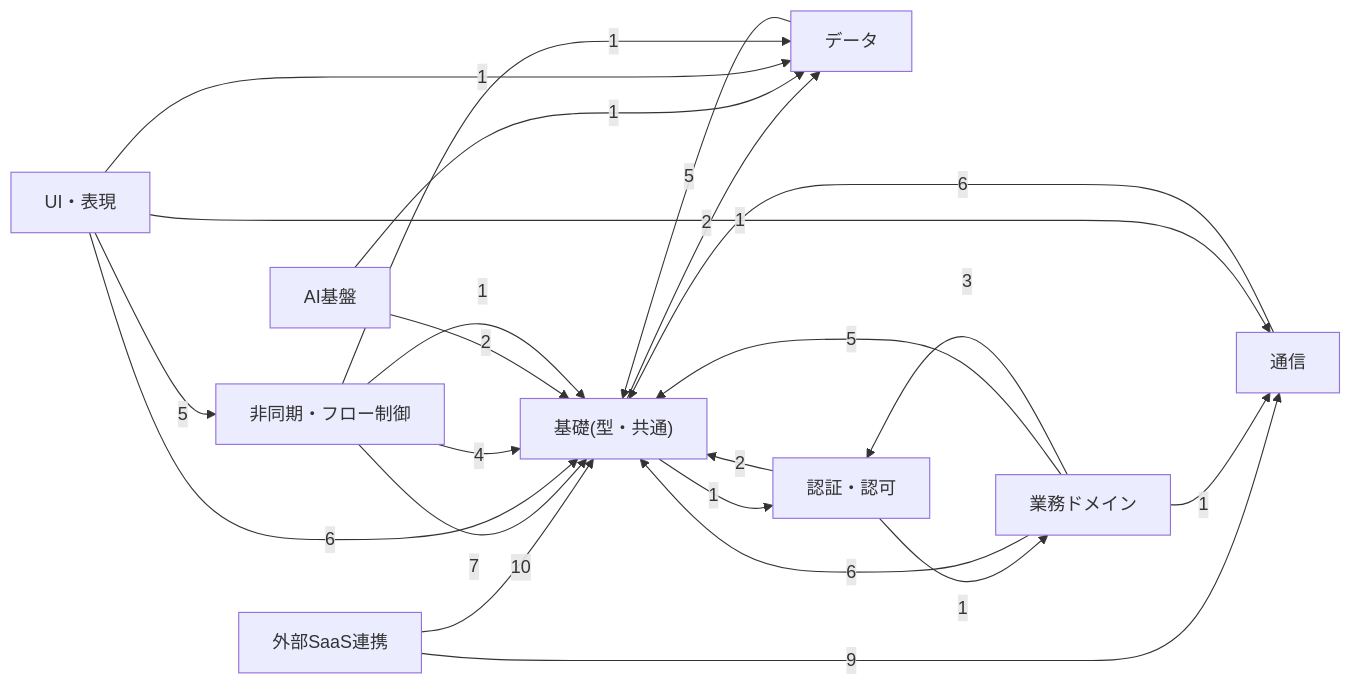
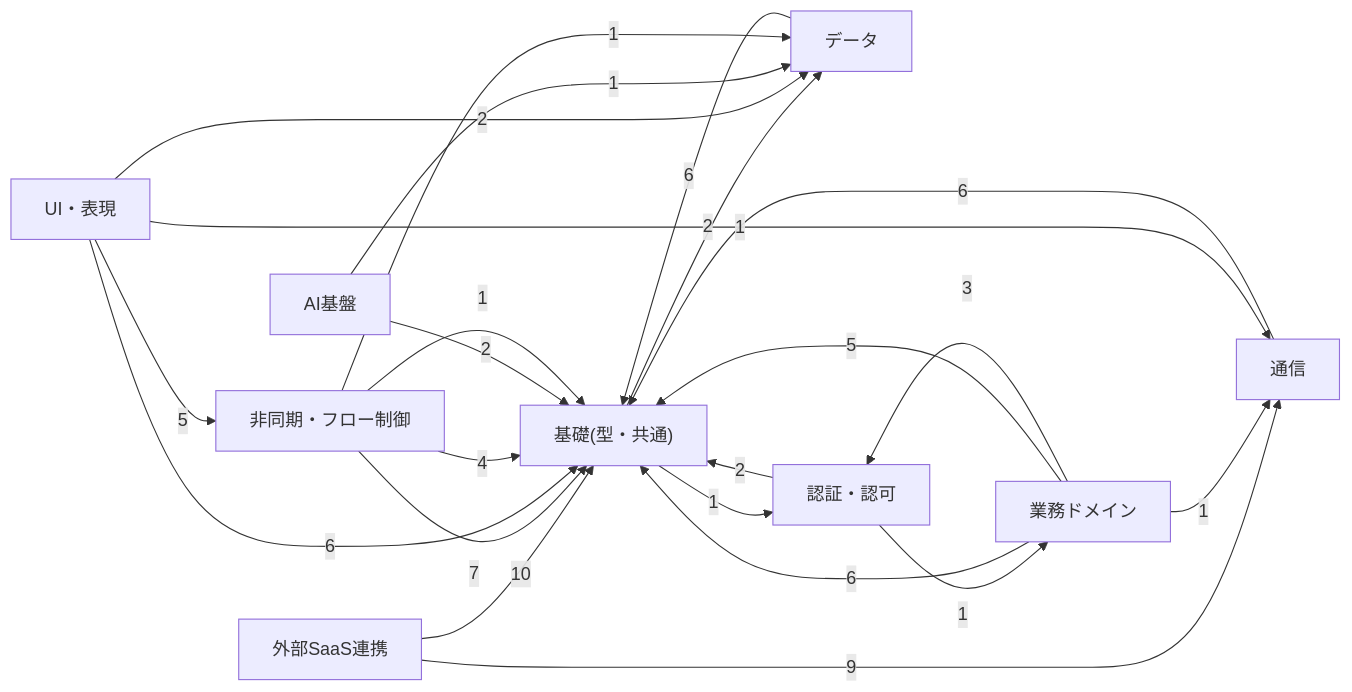
One commit to MATCHMAKER-IS/platform changed the diagram in docs/platform/depgraph.md. Above: the diagram before and after it, drawn with Mermaid. The commit also changed other lines of this file and 601 other files, not shown here.

````diff
--- a/docs/platform/depgraph.md
+++ b/docs/platform/depgraph.md
@@ -9,37 +9,37 @@
 ```mermaid
 flowchart LR
   CAI__["AI基盤"]
   CUI___["UI・表現"]
   C_________["コンテンツ・サイト"]
   C______["セキュリティ"]
   C___["データ"]
   C_________["メディア・デバイス"]
   C________["基礎(型・共通)"]
   C__SaaS__["外部SaaS連携"]
   C______["業務ドメイン"]
   C_____["認証・認可"]
   C__["通信"]
   C_________["非同期・フロー制御"]
   C__SaaS__ -->|10| C________
   C__SaaS__ -->|9| C__
   C_________ -->|7| C________
   C______ -->|6| C________
   CUI___ -->|6| C________
+  C___ -->|6| C________
   C__ -->|6| C________
   C______ -->|5| C________
-  C___ -->|5| C________
   CUI___ -->|5| C_________
   C_________ -->|4| C________
   C______ -->|3| C_____
   CAI__ -->|2| C________
   C_____ -->|2| C________
   C________ -->|2| C___
+  CUI___ -->|2| C___
   C______ -->|1| C__
   C_________ -->|1| C________
   CAI__ -->|1| C___
   C_____ -->|1| C______
   C________ -->|1| C_____
-  CUI___ -->|1| C___
   CUI___ -->|1| C__
   C_________ -->|1| C___
 ```
````
